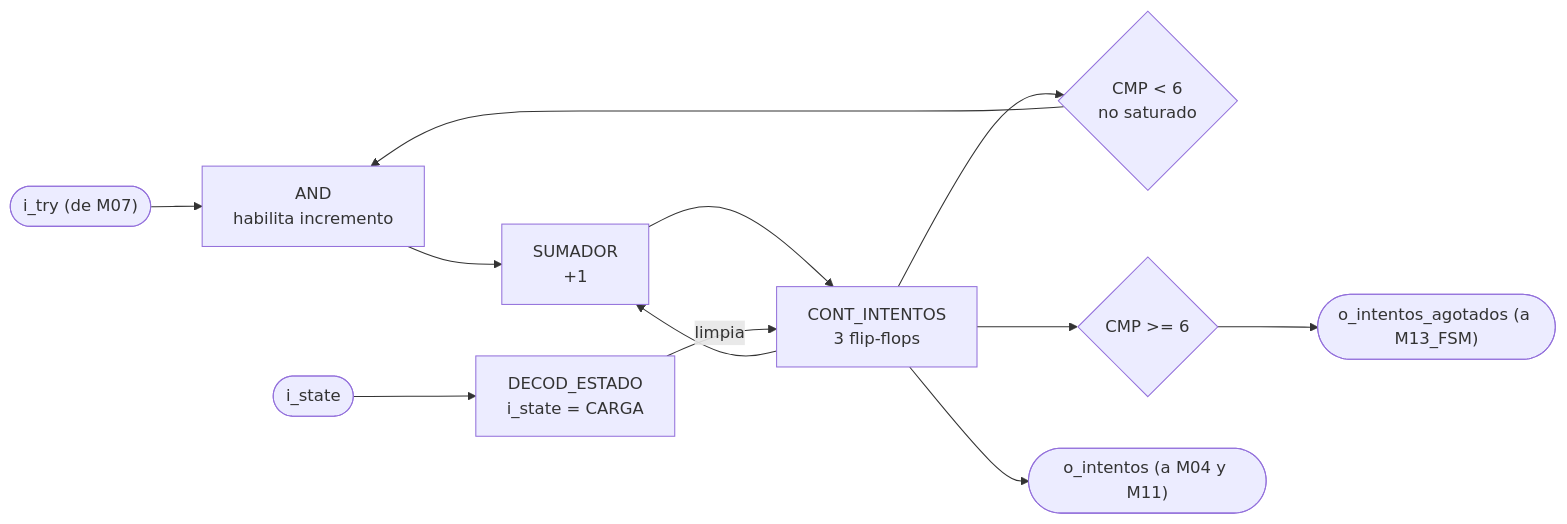
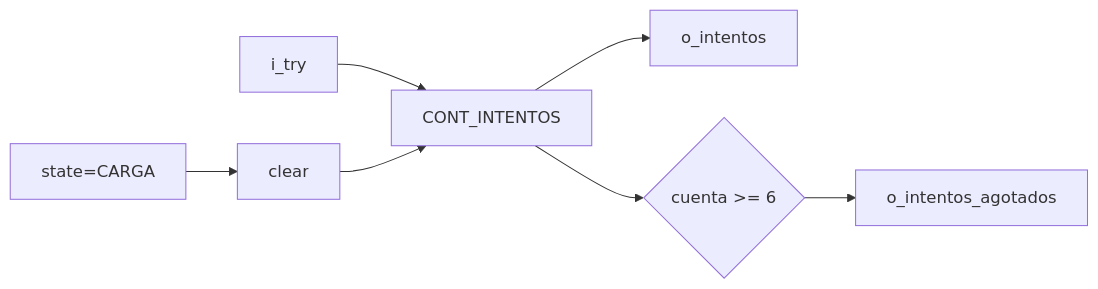
Before and after one commit to Taller-de-diseno-digital-GR01/Proyecto-2-Ahorcado: the diagram in docs/diseño/modulos/M12_Contador-Intentos.md, drawn with Mermaid. The commit also changed other lines of this file and 11 other files, not shown here.

````diff
--- a/docs/diseño/modulos/M12_Contador-Intentos.md
+++ b/docs/diseño/modulos/M12_Contador-Intentos.md
@@ -151,16 +7,9 @@
 ```mermaid
 flowchart LR
-    TRY(["i_try (de M07)"]) --> LOG_EN["AND<br/>habilita incremento"]
-    CNT["CONT_INTENTOS<br/>3 flip-flops"] --> CMP_MAX{"CMP < 6<br/>no saturado"}
-    CMP_MAX --> LOG_EN
-    LOG_EN --> SUM["SUMADOR<br/>+1"]
-    CNT --> SUM
-    SUM --> CNT
-
-    ST(["i_state"]) --> DEC_ST["DECOD_ESTADO<br/>i_state = CARGA"]
-    DEC_ST -->|limpia| CNT
-
-    CNT --> CMP_FIN{"CMP >= 6"}
-    CMP_FIN --> OUT_AG(["o_intentos_agotados (a M13_FSM)"])
-    CNT --> OUT_INT(["o_intentos (a M04 y M11)"])
+        TRY["i_try"] --> CNT["CONT_INTENTOS"]
+        ST["state=CARGA"] --> CLR["clear"]
+        CLR --> CNT
+        CNT --> OUT["o_intentos"]
+        CNT --> CMP{"cuenta >= 6"}
+        CMP --> FLAG["o_intentos_agotados"]
 ```
````
